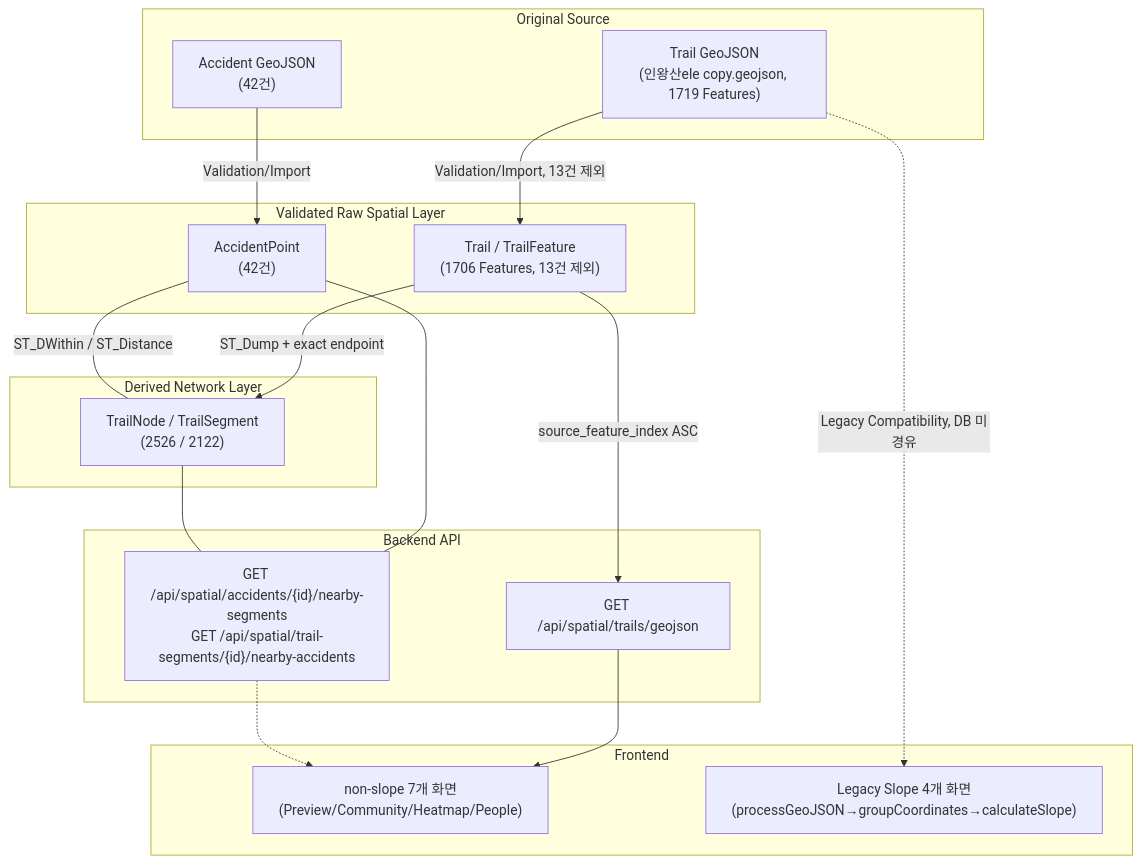
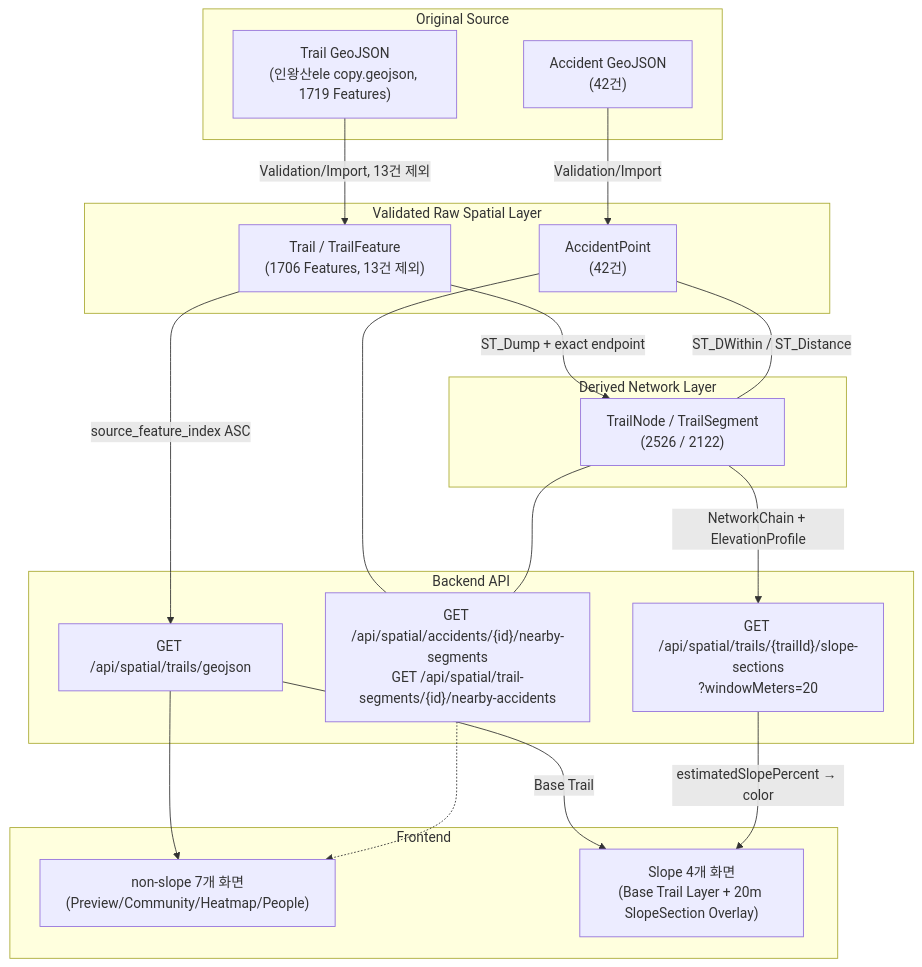
Before and after one commit to choi0229/spring-safety_hiking_WEB-APP: the first of 2 diagrams in README.md, drawn with Mermaid. The commit also changed other lines of this file and 38 other files, not shown here.

````diff
--- a/README.md
+++ b/README.md
@@ -59,37 +60,40 @@
 ```mermaid
 flowchart TD
     subgraph Source["Original Source"]
         TG["Trail GeoJSON<br/>(인왕산ele copy.geojson, 1719 Features)"]
         AG["Accident GeoJSON<br/>(42건)"]
     end
 
     subgraph Raw["Validated Raw Spatial Layer"]
         TF["Trail / TrailFeature<br/>(1706 Features, 13건 제외)"]
         AP["AccidentPoint<br/>(42건)"]
     end
 
     subgraph Network["Derived Network Layer"]
         TNTS["TrailNode / TrailSegment<br/>(2526 / 2122)"]
     end
 
     subgraph API["Backend API"]
         GJAPI["GET /api/spatial/trails/geojson"]
         SQAPI["GET /api/spatial/accidents/{id}/nearby-segments<br/>GET /api/spatial/trail-segments/{id}/nearby-accidents"]
+        SSAPI["GET /api/spatial/trails/{trailId}/slope-sections<br/>?windowMeters=20"]
     end
 
     subgraph FE["Frontend"]
         Safe["non-slope 7개 화면<br/>(Preview/Community/Heatmap/People)"]
-        Legacy["Legacy Slope 4개 화면<br/>(processGeoJSON→groupCoordinates→calculateSlope)"]
+        SlopeFE["Slope 4개 화면<br/>(Base Trail Layer + 20m SlopeSection Overlay)"]
     end
 
     TG -- "Validation/Import, 13건 제외" --> TF
     AG -- "Validation/Import" --> AP
     TF -- "ST_Dump + exact endpoint" --> TNTS
     AP -- "ST_DWithin / ST_Distance" --- TNTS
     TF -- "source_feature_index ASC" --> GJAPI
     AP --- SQAPI
     TNTS --- SQAPI
+    TNTS -- "NetworkChain + ElevationProfile" --> SSAPI
     GJAPI --> Safe
     SQAPI -.-> Safe
-    TG -. "Legacy Compatibility, DB 미경유" .-> Legacy
+    GJAPI -- "Base Trail" --> SlopeFE
+    SSAPI -- "estimatedSlopePercent → color" --> SlopeFE
 ```
````
